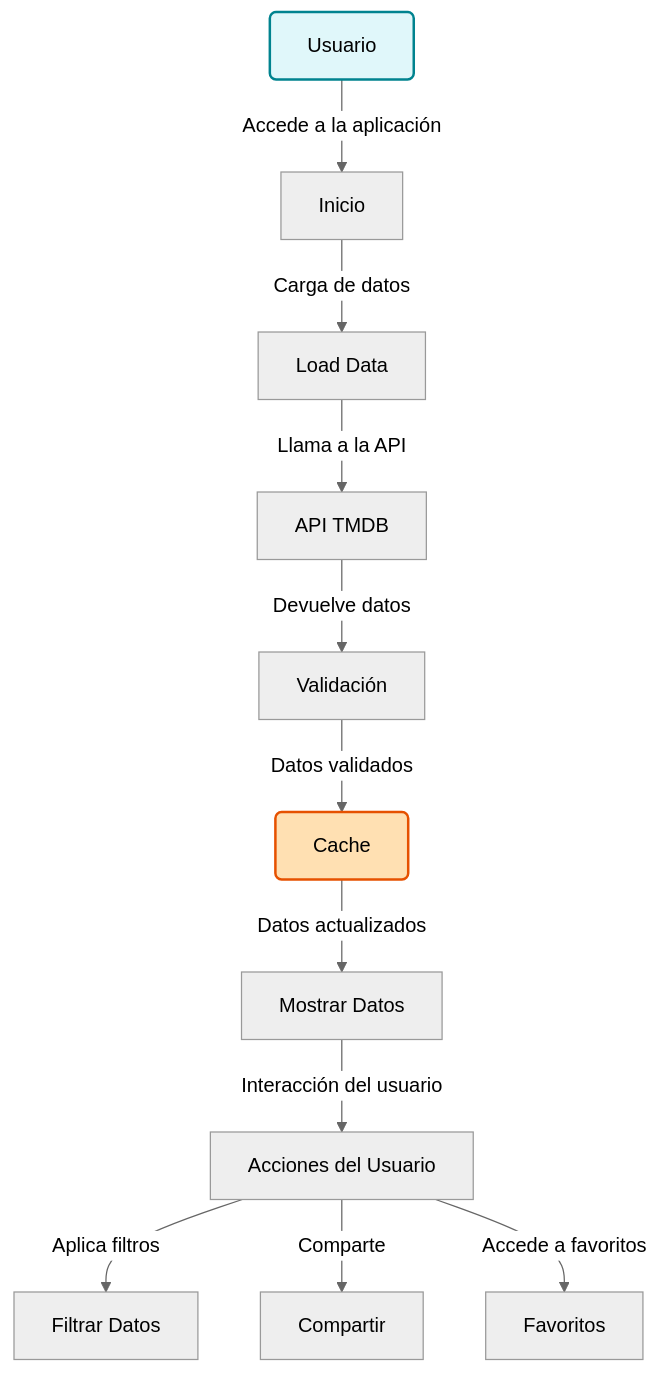
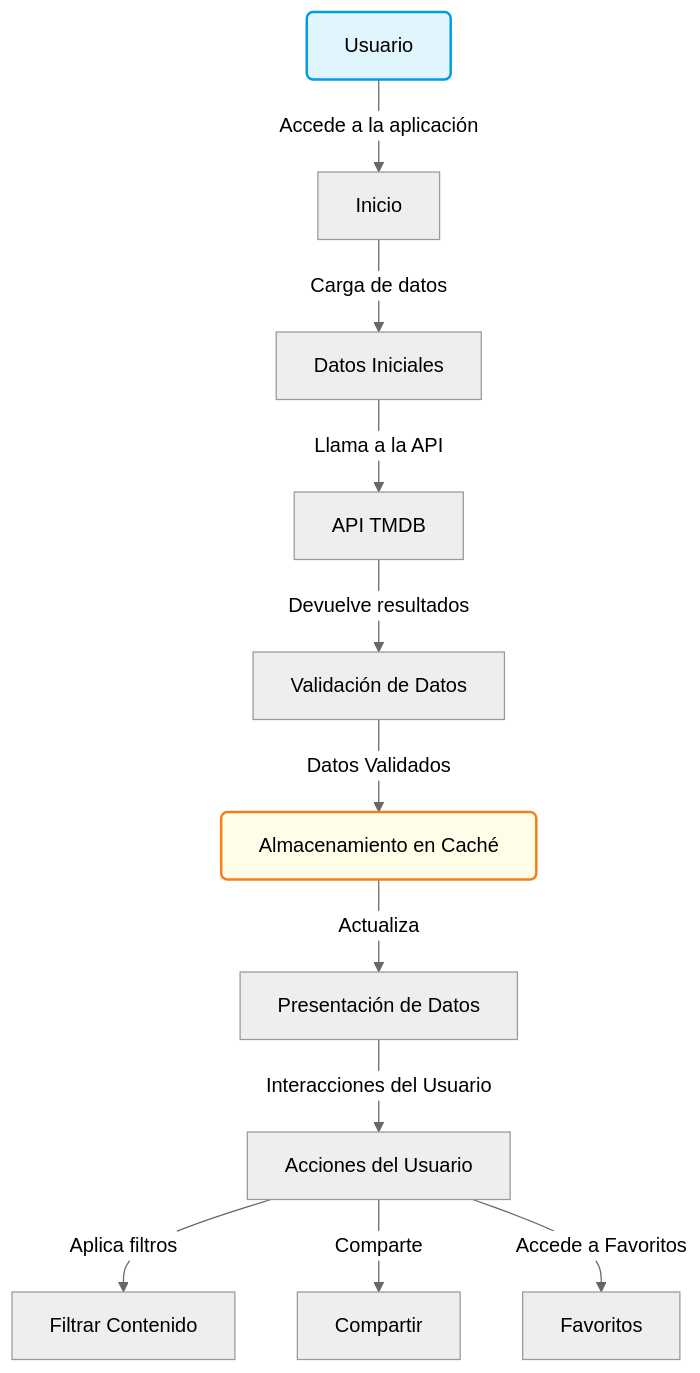
One commit to gabrielarinconn/PopCornCinemateca changed the first of 2 diagrams in README.md. Above: the diagram before and after it, drawn with Mermaid (neutral theme). The commit also changed other lines of this file, not shown here.

````diff
--- a/README.md
+++ b/README.md
@@ -13,16 +13,16 @@
 ```mermaid
 flowchart TD
     User[Usuario]:::user -->|Accede a la aplicación| Start[Inicio]
-    Start -->|Carga de datos| Load[Load Data]
+    Start -->|Carga de datos| Load[Datos Iniciales]
     Load -->|Llama a la API| API[API TMDB]
-    API -->|Devuelve datos| Validate[Validación]
-    Validate -->|Datos validados| Cache[Cache]:::cache
-    Cache -->|Datos actualizados| Display[Mostrar Datos]
-    Display -->|Interacción del usuario| UserActions[Acciones del Usuario]
-    UserActions -->|Aplica filtros| Filter[Filtrar Datos]
+    API -->|Devuelve resultados| Validate[Validación de Datos]
+    Validate -->|Datos Validados| Cache[Almacenamiento en Caché]:::cache
+    Cache -->|Actualiza| Display[Presentación de Datos]
+    Display -->|Interacciones del Usuario| UserActions[Acciones del Usuario]
+    UserActions -->|Aplica filtros| Filter[Filtrar Contenido]
     UserActions -->|Comparte| Share[Compartir]
-    UserActions -->|Accede a favoritos| Favorites[Favoritos]
+    UserActions -->|Accede a Favoritos| Favorites[Favoritos]
 
-    classDef user fill:#e0f7fa,stroke:#00838f,stroke-width:2px,rx:5px,ry:5px;
-    classDef cache fill:#ffe0b2,stroke:#e65100,stroke-width:2px,rx:5px,ry:5px;
+    classDef user fill:#e1f5fe,stroke:#039be5,stroke-width:2px,rx:5px,ry:5px;
+    classDef cache fill:#fffde7,stroke:#f57f17,stroke-width:2px,rx:5px,ry:5px;
 ```
````
